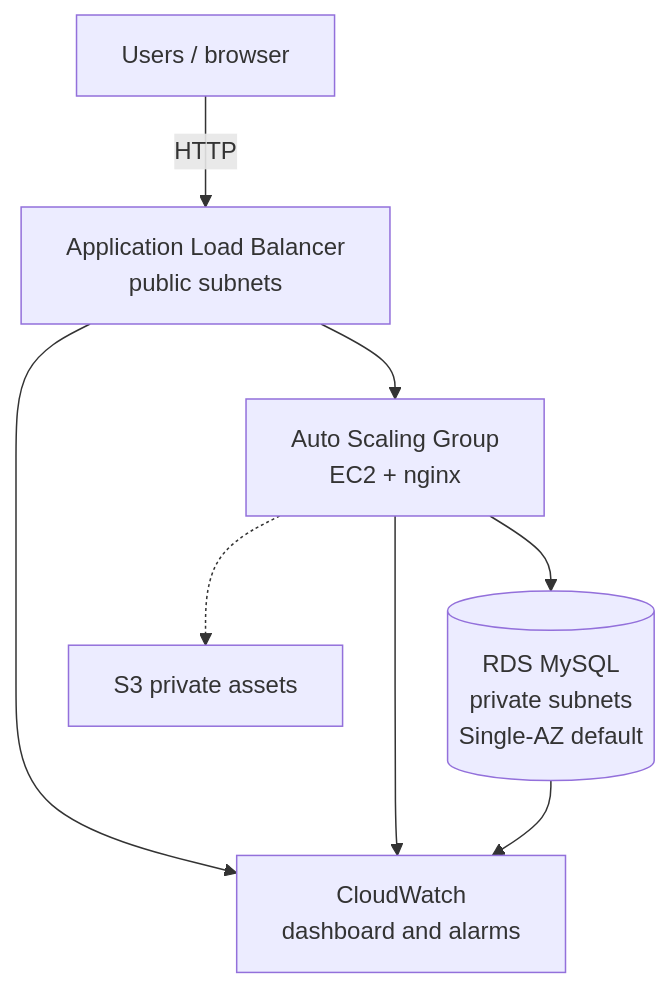
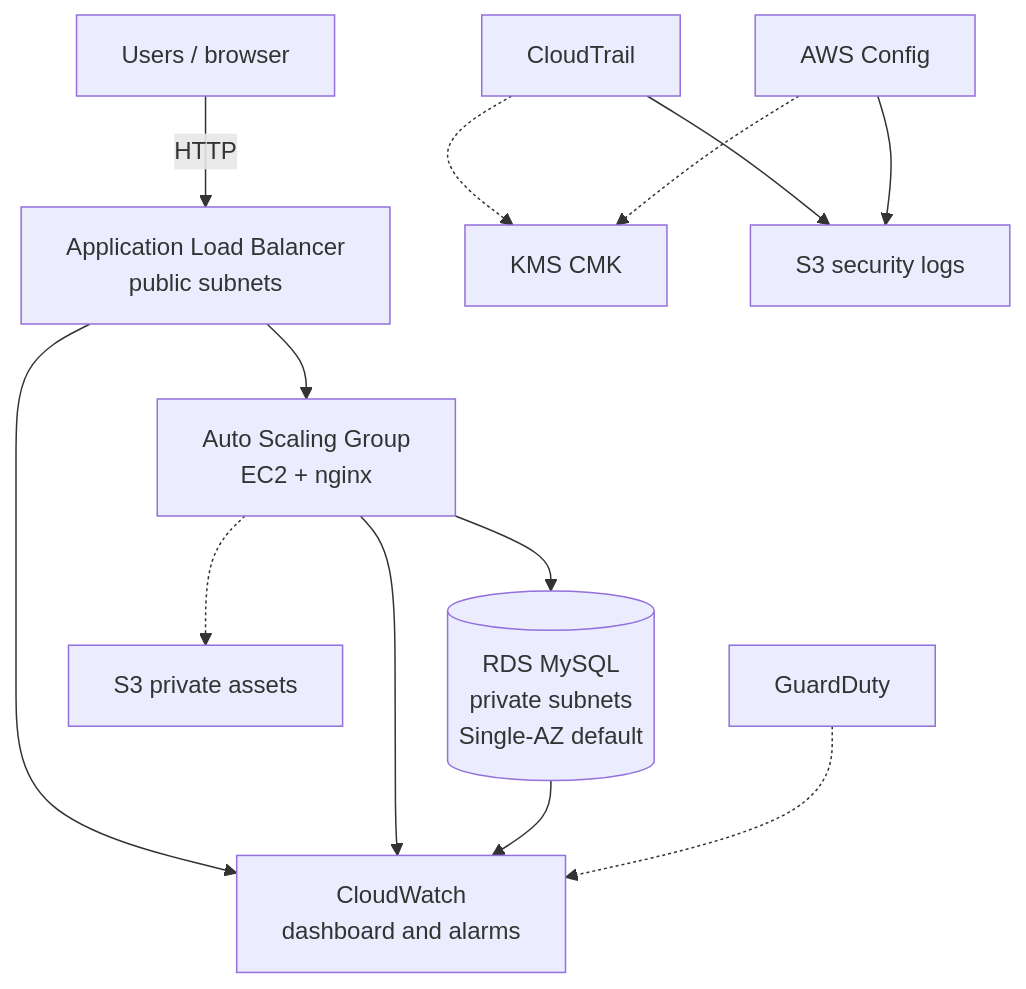
Before and after one commit to mrbobbyboykin/Projects: the diagram in project-2-aws-infrastructure/README.md, drawn with Mermaid. The commit also changed other lines of this file and 22 other files, not shown here.

````diff
--- a/project-2-aws-infrastructure/README.md
+++ b/project-2-aws-infrastructure/README.md
@@ -37,17 +38,27 @@
 ```mermaid
 flowchart TB
   Users[Users / browser]
   ALB[Application Load Balancer\npublic subnets]
   ASG[Auto Scaling Group\nEC2 + nginx]
   RDS[(RDS MySQL\nprivate subnets\nSingle-AZ default)]
   S3[S3 private assets]
   CW[CloudWatch\ndashboard and alarms]
+  Trail[CloudTrail]
+  Cfg[AWS Config]
+  GD[GuardDuty]
+  KMS[KMS CMK]
+  Logs[S3 security logs]
 
   Users -->|HTTP| ALB
   ALB --> ASG
   ASG --> RDS
   ASG -.-> S3
   ALB --> CW
   ASG --> CW
   RDS --> CW
+  Trail --> Logs
+  Cfg --> Logs
+  Trail -.-> KMS
+  Cfg -.-> KMS
+  GD -.-> CW
 ```
````
